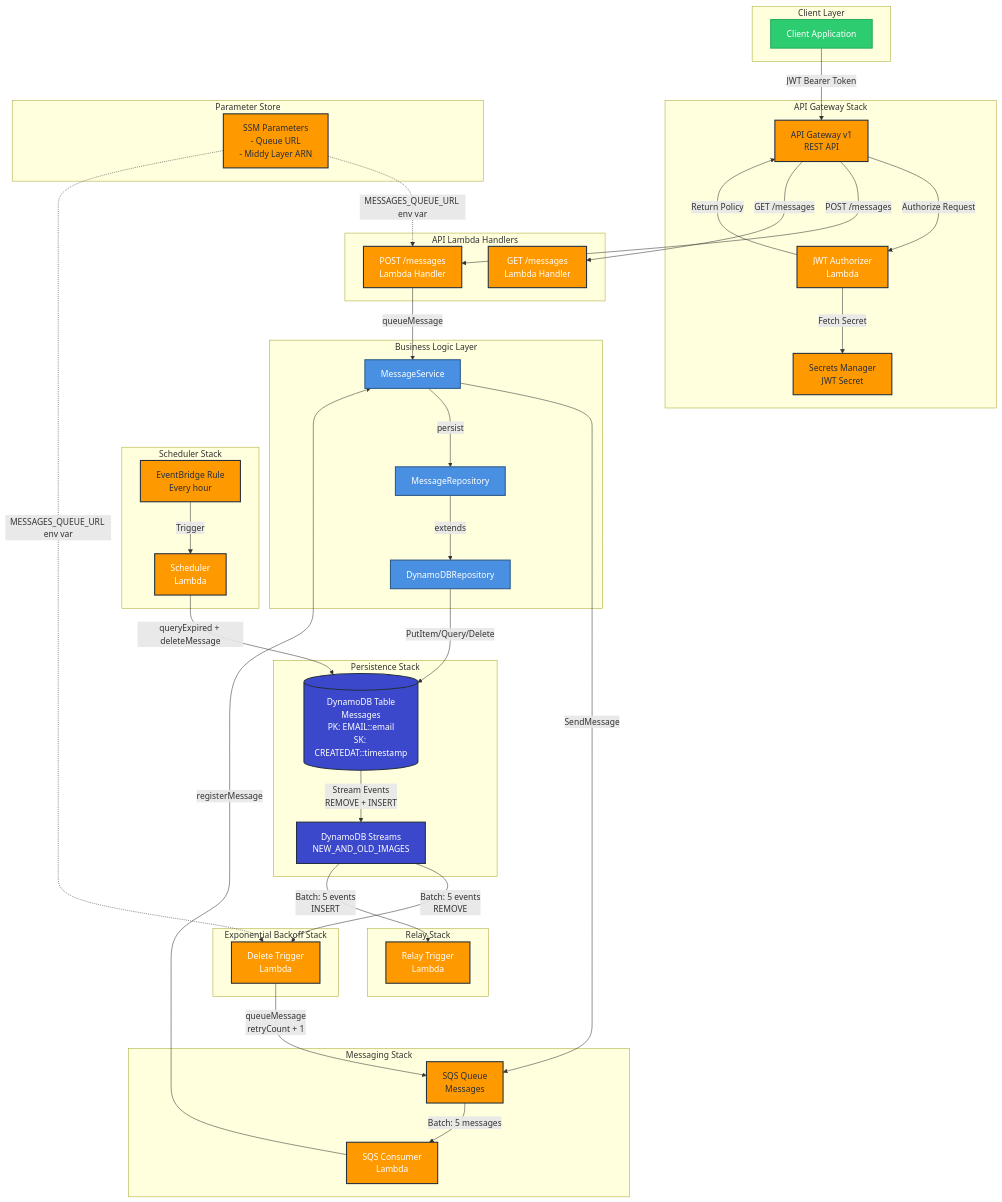
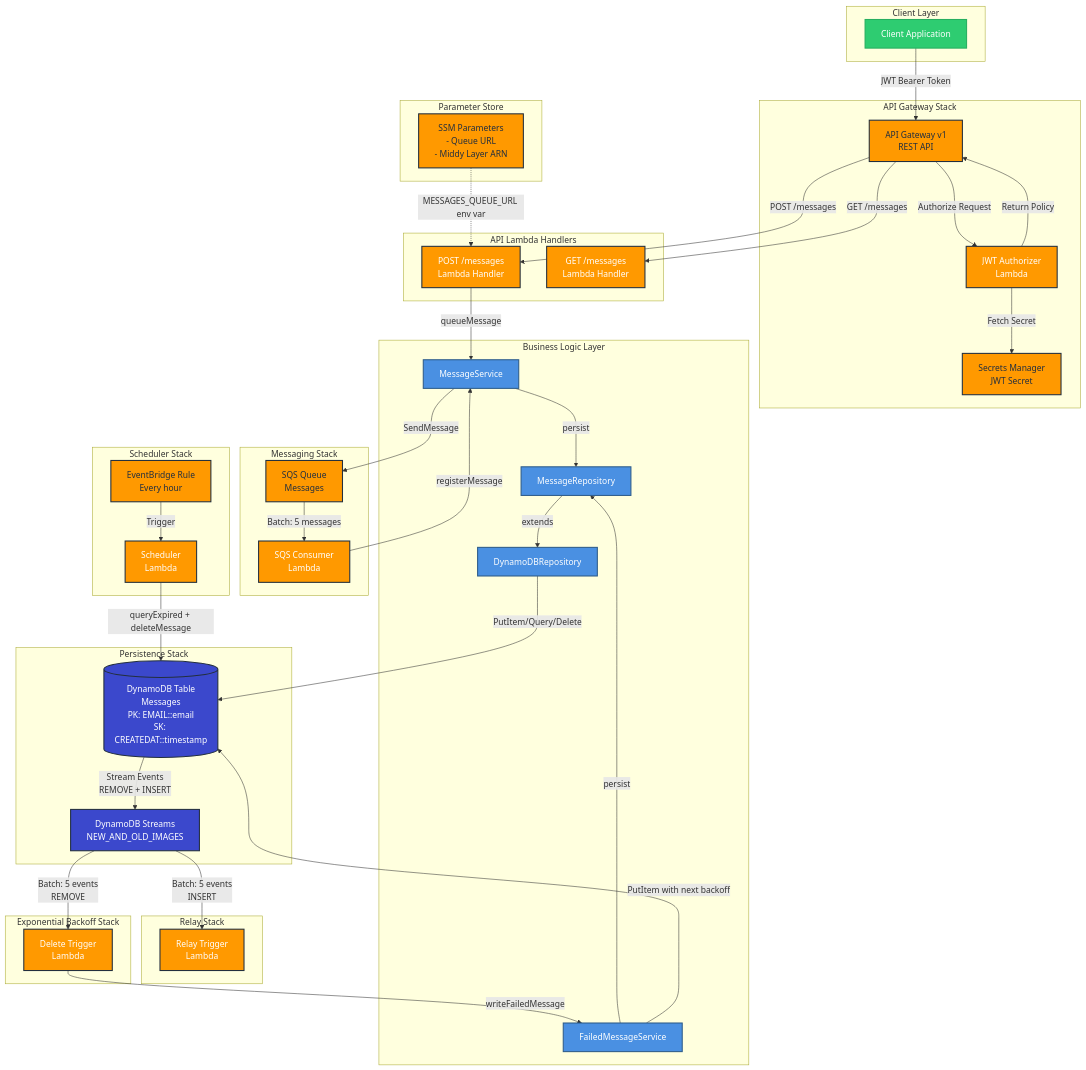
Before and after one commit to rawlinja/serverless-message-retry-cdk: the first of 3 diagrams in docs/ARCHITECTURE.md, drawn with Mermaid. The commit also changed other lines of this file and 1 other file, not shown here.

Commit message:
docs: update retry flow and sync architecture diagram

````diff
--- a/docs/ARCHITECTURE.md
+++ b/docs/ARCHITECTURE.md
@@ -48,6 +48,7 @@
 
     subgraph "Business Logic Layer"
         MS[MessageService]
+        FMS[FailedMessageService]
         MR[MessageRepository]
         DR[DynamoDBRepository]
     end
@@ -78,6 +79,7 @@
 
     %% MessageService to Repository
     MS -->|persist| MR
+    FMS -->|persist| MR
     MR -->|extends| DR
     DR -->|PutItem/Query/Delete| DDB
 
@@ -86,8 +88,9 @@
     Stream -->|Batch: 5 events<br/>REMOVE| DeleteTrigger
     Stream -->|Batch: 5 events<br/>INSERT| RelayTrigger
 
-    %% Delete Trigger re-queues eligible messages
-    DeleteTrigger -->|queueMessage<br/>retryCount + 1| SQS
+    %% Delete Trigger writes next retry record back to DynamoDB
+    DeleteTrigger -->|writeFailedMessage| FMS
+    FMS -->|PutItem with next backoff| DDB
 
     %% EventBridge Scheduler
     EB -->|Trigger| Scheduler
@@ -95,7 +98,6 @@
 
     %% SSM Parameter Store (CDK deploy-time only — values injected as env vars)
     SSM -.->|MESSAGES_QUEUE_URL env var| PostMsg
-    SSM -.->|MESSAGES_QUEUE_URL env var| DeleteTrigger
 
     %% Styling
     classDef aws fill:#FF9900,stroke:#232F3E,stroke-width:2px,color:#232F3E
@@ -106,7 +108,7 @@
 
     class APIGW,SQS,EB,SSM,SM aws
     class Auth,PostMsg,GetMsg,SQSConsumer,Scheduler,DeleteTrigger,RelayTrigger lambda
-    class MS,MR,DR logic
+    class MS,FMS,MR,DR logic
     class DDB,Stream storage
     class Client client
 ```
````
